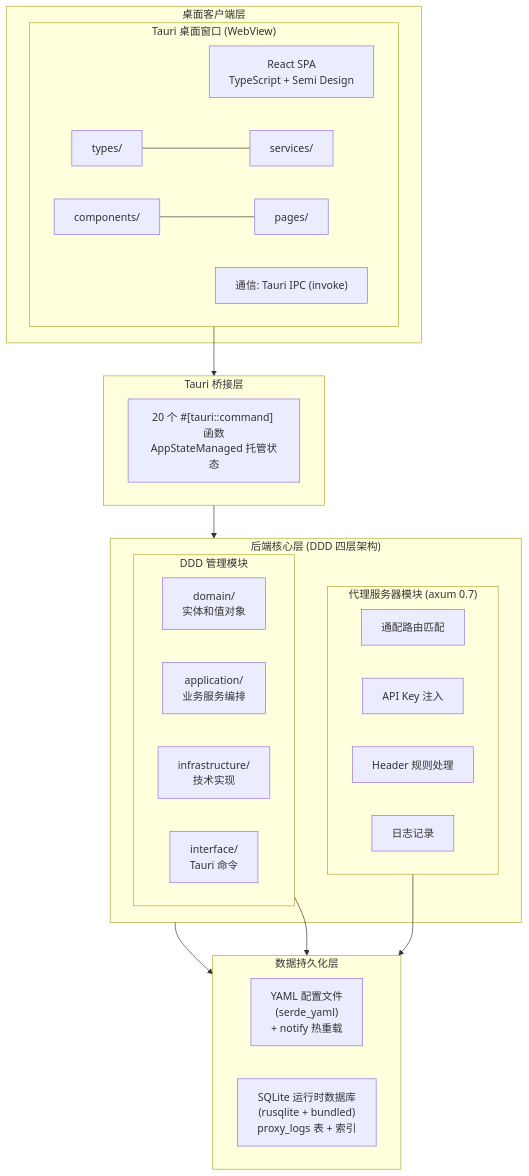
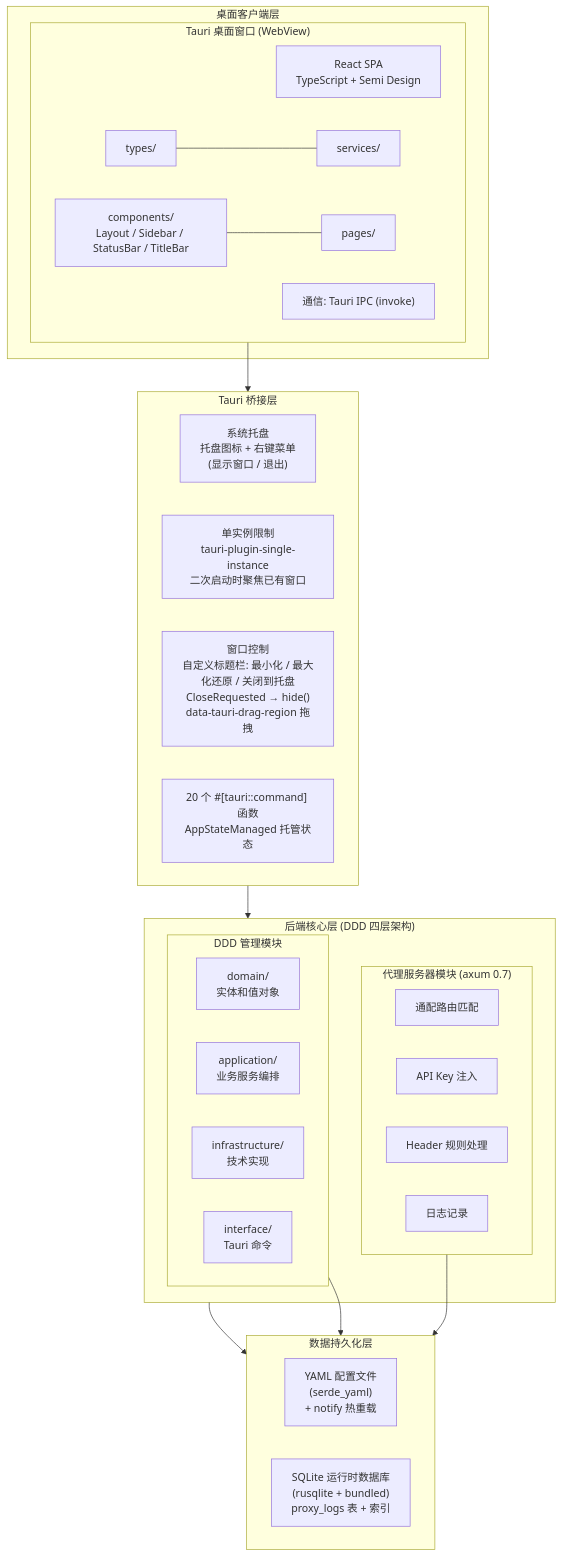
The first of 5 diagrams in ARCHITECTURE.md (feng-yifan/token-proxy), drawn with Mermaid before and after one commit. The commit also changed other lines of this file and 11 other files, not shown here.

````diff
--- a/ARCHITECTURE.md
+++ b/ARCHITECTURE.md
@@ -11,41 +11,44 @@
 ```mermaid
 graph TB
     subgraph CLIENT["桌面客户端层"]
         subgraph WEBVIEW["Tauri 桌面窗口 (WebView)"]
             REACT["React SPA<br/>TypeScript + Semi Design"]
             TYPES["types/"] --- SRV["services/"]
-            COMP["components/"] --- PAGES["pages/"]
+            COMP["components/<br/>Layout / Sidebar / StatusBar / TitleBar"] --- PAGES["pages/"]
             IPC_PROTO["通信: Tauri IPC (invoke)"]
         end
     end
 
     subgraph BRIDGE["Tauri 桥接层"]
+        SYSTRAY["系统托盘<br/>托盘图标 + 右键菜单<br/>(显示窗口 / 退出)"]
+        SINGLE_INSTANCE["单实例限制<br/>tauri-plugin-single-instance<br/>二次启动时聚焦已有窗口"]
+        WINDOW_CTRL["窗口控制<br/>自定义标题栏: 最小化 / 最大化还原 / 关闭到托盘<br/>CloseRequested → hide()<br/>data-tauri-drag-region 拖拽"]
         COMMANDS["20 个 #[tauri::command] 函数<br/>AppStateManaged 托管状态"]
     end
 
     subgraph BACKEND["后端核心层 (DDD 四层架构)"]
         subgraph PROXY_MOD["代理服务器模块 (axum 0.7)"]
             ROUTE["通配路由匹配"]
             AUTH["API Key 注入"]
             HEADER["Header 规则处理"]
             LOG["日志记录"]
         end
         subgraph DDD["DDD 管理模块"]
             DOMAIN["domain/<br/>实体和值对象"]
             APP["application/<br/>业务服务编排"]
             INFRA["infrastructure/<br/>技术实现"]
             IFACE["interface/<br/>Tauri 命令"]
         end
     end
 
     subgraph DATA["数据持久化层"]
         YAML["YAML 配置文件<br/>(serde_yaml)<br/>+ notify 热重载"]
         SQLITE["SQLite 运行时数据库<br/>(rusqlite + bundled)<br/>proxy_logs 表 + 索引"]
     end
 
     WEBVIEW --> BRIDGE
     BRIDGE --> BACKEND
     BACKEND --> DATA
     DDD --> DATA
     PROXY_MOD --> DATA
 ```
````
